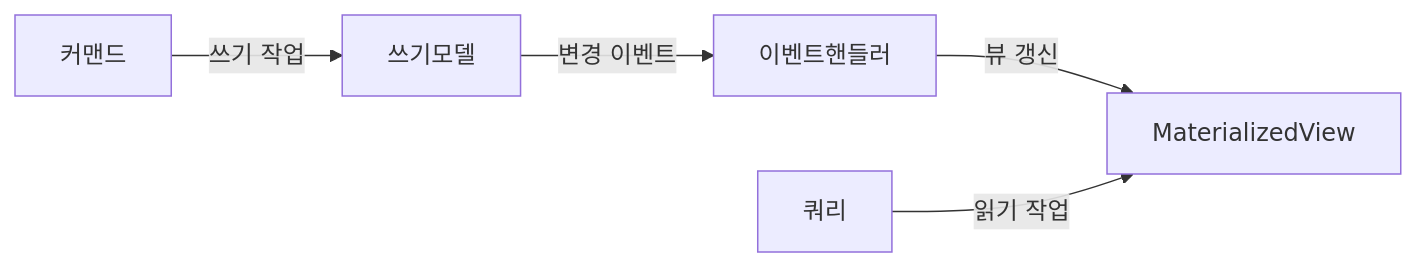
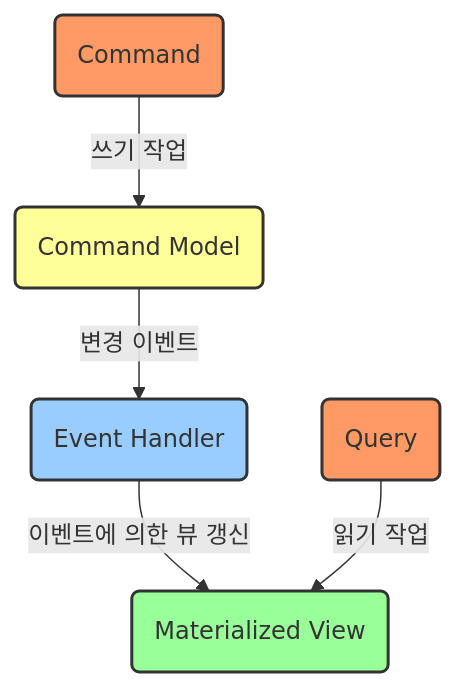
One commit to dotoryeee/blog changed diagram 14 of 14 in docs/blog/posts/Cloud Infra/software-architecture-patterns.md. Above: the diagram before and after it, drawn with Mermaid. The commit also changed other lines of this file, not shown here.

Commit message:
update post: software architecture

````diff
--- a/docs/blog/posts/Cloud Infra/software-architecture-patterns.md
+++ b/docs/blog/posts/Cloud Infra/software-architecture-patterns.md
@@ -237,8 +317,14 @@
 ```mermaid
-graph LR
-    커맨드 --> |"쓰기 작업"| 쓰기모델
-    쓰기모델 --> |"변경 이벤트"| 이벤트핸들러
-    이벤트핸들러 --> |"뷰 갱신"| MaterializedView
-    쿼리 --> |"읽기 작업"| MaterializedView
+graph TB
+    커맨드(Command) --> |"쓰기 작업"| 커맨드모델(Command Model)
+    커맨드모델 --> |"변경 이벤트"| 이벤트핸들러(Event Handler)
+    이벤트핸들러 --> |"이벤트에 의한 뷰 갱신"| 구체화된뷰(Materialized View)
+    쿼리(Query) --> |"읽기 작업"| 구체화된뷰
+
+    style 커맨드 fill:#f96,stroke:#333,stroke-width:2px
+    style 커맨드모델 fill:#ff9,stroke:#333,stroke-width:2px
+    style 이벤트핸들러 fill:#9cf,stroke:#333,stroke-width:2px
+    style 구체화된뷰 fill:#9f9,stroke:#333,stroke-width:2px
+    style 쿼리 fill:#f96,stroke:#333,stroke-width:2px
 
 ```
````
